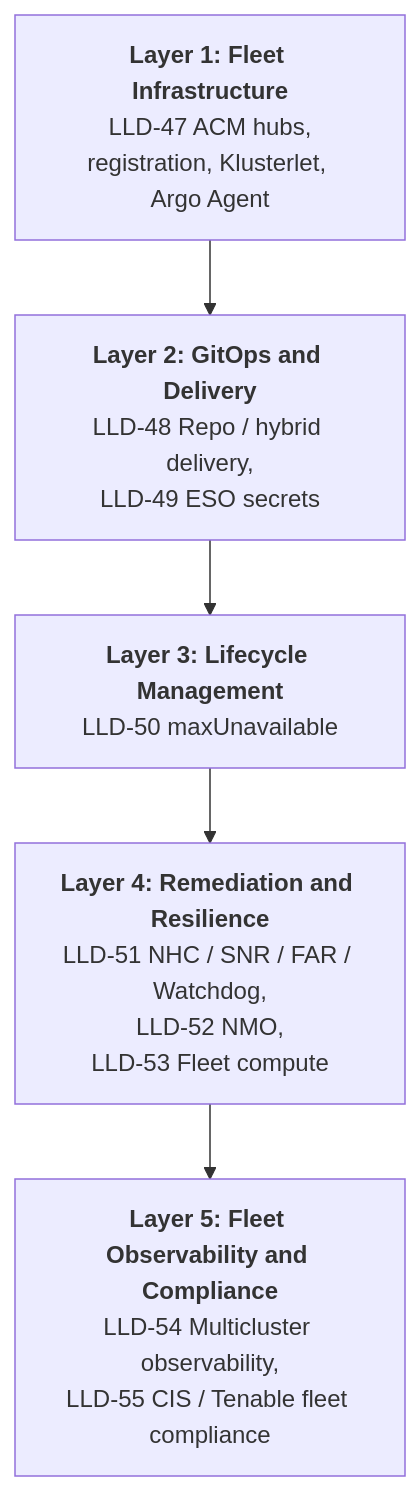
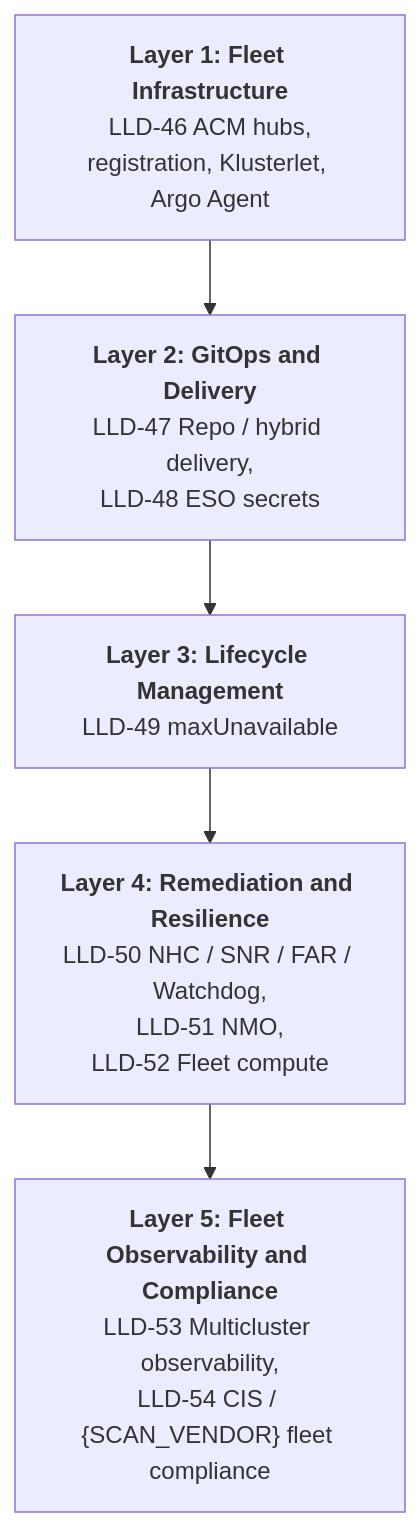
One commit to stratus-ss/arch-design-doc-generator changed the first of 2 diagrams in templates/LLD/Template_OCP-V_LLD_Phase3_Fleet_Operations.md. Above: the diagram before and after it, drawn with Mermaid. The commit also changed other lines of this file and 12 other files, not shown here.

````diff
--- a/templates/LLD/Template_OCP-V_LLD_Phase3_Fleet_Operations.md
+++ b/templates/LLD/Template_OCP-V_LLD_Phase3_Fleet_Operations.md
@@ -36,9 +36,9 @@
 ```mermaid
 flowchart TB
-    L1["<b>Layer 1: Fleet Infrastructure</b><br/>LLD-47 ACM hubs,<br/>registration, Klusterlet, Argo Agent"]
-    L2["<b>Layer 2: GitOps and Delivery</b><br/>LLD-48 Repo / hybrid delivery,<br/>LLD-49 ESO secrets"]
-    L3["<b>Layer 3: Lifecycle Management</b><br/>LLD-50 maxUnavailable"]
-    L4["<b>Layer 4: Remediation and Resilience</b><br/>LLD-51 NHC / SNR / FAR / Watchdog,<br/>LLD-52 NMO,<br/>LLD-53 Fleet compute"]
-    L5["<b>Layer 5: Fleet Observability and Compliance</b><br/>LLD-54 Multicluster observability,<br/>LLD-55 CIS / Tenable fleet compliance"]
+    L1["<b>Layer 1: Fleet Infrastructure</b><br/>LLD-46 ACM hubs,<br/>registration, Klusterlet, Argo Agent"]
+    L2["<b>Layer 2: GitOps and Delivery</b><br/>LLD-47 Repo / hybrid delivery,<br/>LLD-48 ESO secrets"]
+    L3["<b>Layer 3: Lifecycle Management</b><br/>LLD-49 maxUnavailable"]
+    L4["<b>Layer 4: Remediation and Resilience</b><br/>LLD-50 NHC / SNR / FAR / Watchdog,<br/>LLD-51 NMO,<br/>LLD-52 Fleet compute"]
+    L5["<b>Layer 5: Fleet Observability and Compliance</b><br/>LLD-53 Multicluster observability,<br/>LLD-54 CIS / {SCAN_VENDOR} fleet compliance"]
     L1 --> L2 --> L3 --> L4 --> L5
 ```
````
